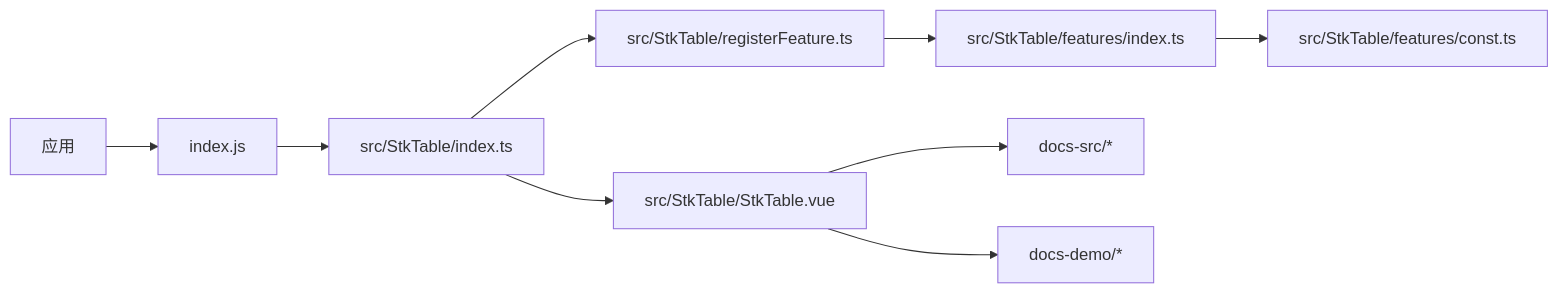
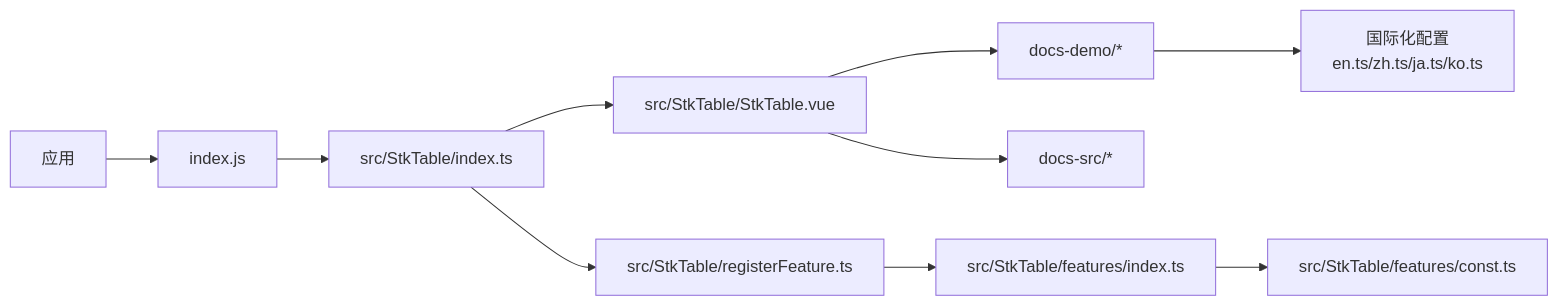
Before and after one commit to ja-plus/stk-table-vue: the fifth of 5 diagrams in .qoder/repowiki/zh/content/集成指南/集成指南.md, drawn with Mermaid. The commit also changed other lines of this file and 3 other files, not shown here.

````diff
--- a/.qoder/repowiki/zh/content/集成指南/集成指南.md
+++ b/.qoder/repowiki/zh/content/集成指南/集成指南.md
@@ -254,11 +316,12 @@
 ```mermaid
 graph LR
 App["应用"] --> Entry["index.js"]
 Entry --> Export["src/StkTable/index.ts"]
 Export --> Component["src/StkTable/StkTable.vue"]
 Export --> Registry["src/StkTable/registerFeature.ts"]
 Registry --> Features["src/StkTable/features/index.ts"]
 Features --> Consts["src/StkTable/features/const.ts"]
 Component --> Docs["docs-src/*"]
 Component --> Demos["docs-demo/*"]
+Demos --> I18n["国际化配置<br/>en.ts/zh.ts/ja.ts/ko.ts"]
 ```
````
